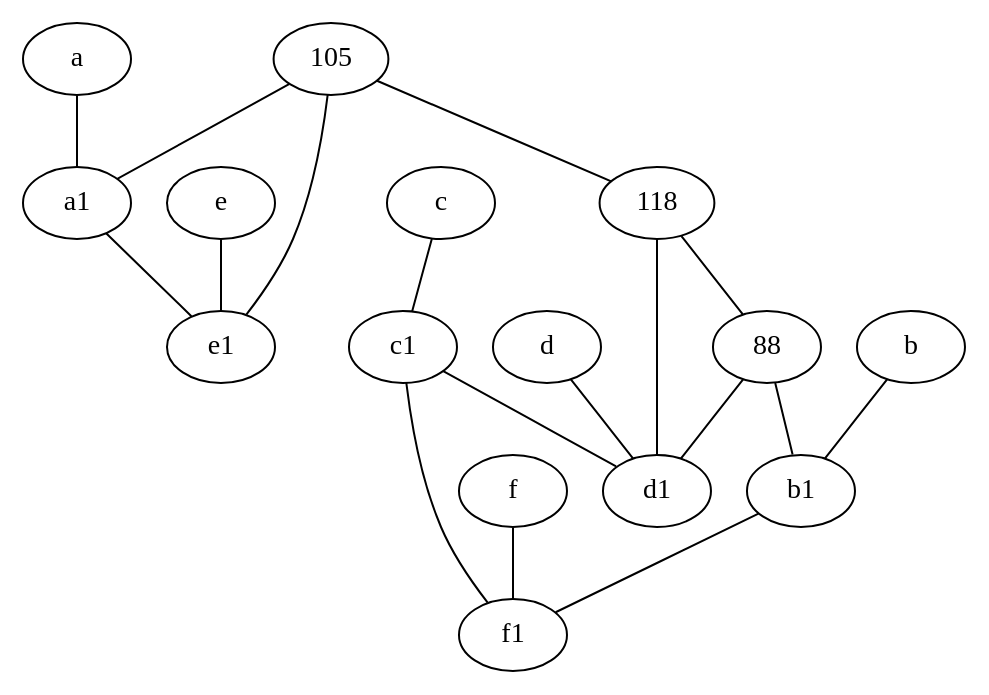
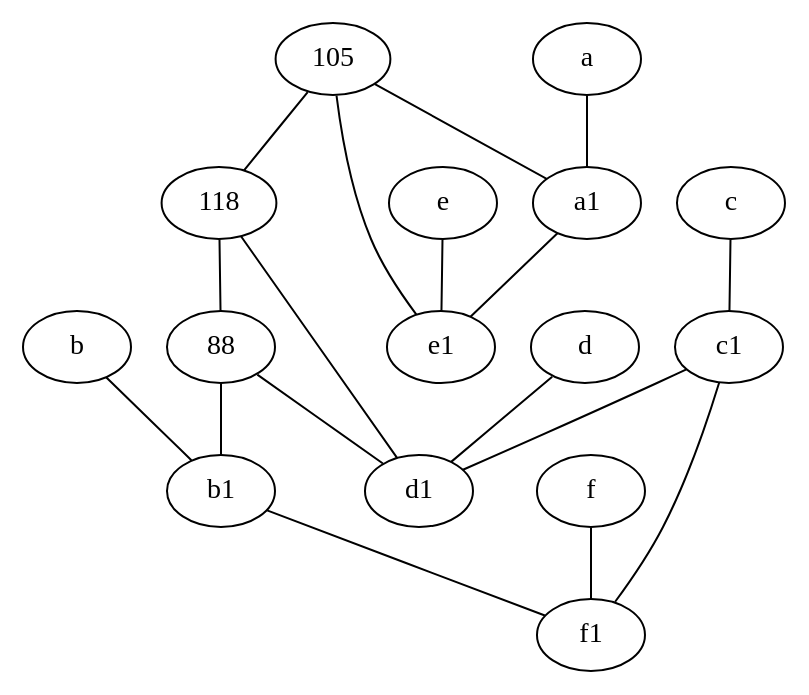
Before and after one commit to anisabnis/graph_inference: the diagram in results_deter/orig.dot, drawn with Graphviz. The commit also changed other lines of this file and 927 other files, not shown here.

```diff
--- a/results_deter/orig.dot
+++ b/results_deter/orig.dot
@@ -1,35 +1,35 @@
 graph {
 	node [labelfontsize=50]
+	105 [labelfontsize=50]
+	d1 [labelfontsize=50 pos="3,5!"]
+	b [labelfontsize=50 pos="10,4!"]
+	b1 [labelfontsize=50 pos="9,4!"]
 	a [labelfontsize=50 pos="8,2!"]
-	d1 [labelfontsize=50 pos="3,5!"]
+	c1 [labelfontsize=50 pos="4.5,3!"]
+	f1 [labelfontsize=50 pos="3,8!"]
+	e1 [labelfontsize=50 pos="7,7!"]
+	e [labelfontsize=50 pos="7,9!"]
+	118 [labelfontsize=50]
+	88 [labelfontsize=50]
 	d [labelfontsize=50 pos="2,5!"]
-	c1 [labelfontsize=50 pos="4.5,3!"]
+	c [labelfontsize=50 pos="4.5,2!"]
+	a1 [labelfontsize=50 pos="8,3!"]
 	f [labelfontsize=50 pos="3,9!"]
-	e [labelfontsize=50 pos="7,9!"]
-	88 [labelfontsize=50]
-	f1 [labelfontsize=50 pos="3,8!"]
-	118 [labelfontsize=50]
-	b [labelfontsize=50 pos="10,4!"]
-	c [labelfontsize=50 pos="4.5,2!"]
-	b1 [labelfontsize=50 pos="9,4!"]
-	e1 [labelfontsize=50 pos="7,7!"]
-	105 [labelfontsize=50]
-	a1 [labelfontsize=50 pos="8,3!"]
+	c1 -- d1
+	f -- f1
+	c -- c1
+	d -- d1
+	105 -- 118
+	a1 -- e1
+	88 -- b1
+	b -- b1
 	e -- e1
-	105 -- a1
-	105 -- 118
 	b1 -- f1
-	d -- d1
-	a -- a1
-	c1 -- d1
-	b -- b1
-	88 -- d1
-	a1 -- e1
 	c1 -- f1
 	105 -- e1
-	88 -- b1
-	f -- f1
+	a -- a1
+	88 -- d1
+	118 -- d1
+	105 -- a1
 	118 -- 88
-	c -- c1
-	118 -- d1
 }
```
